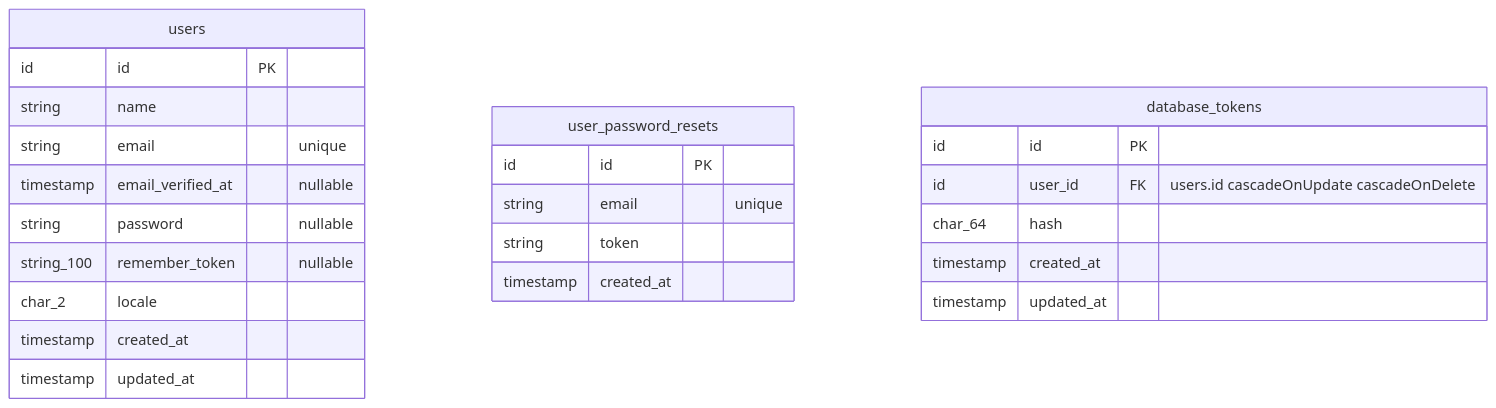
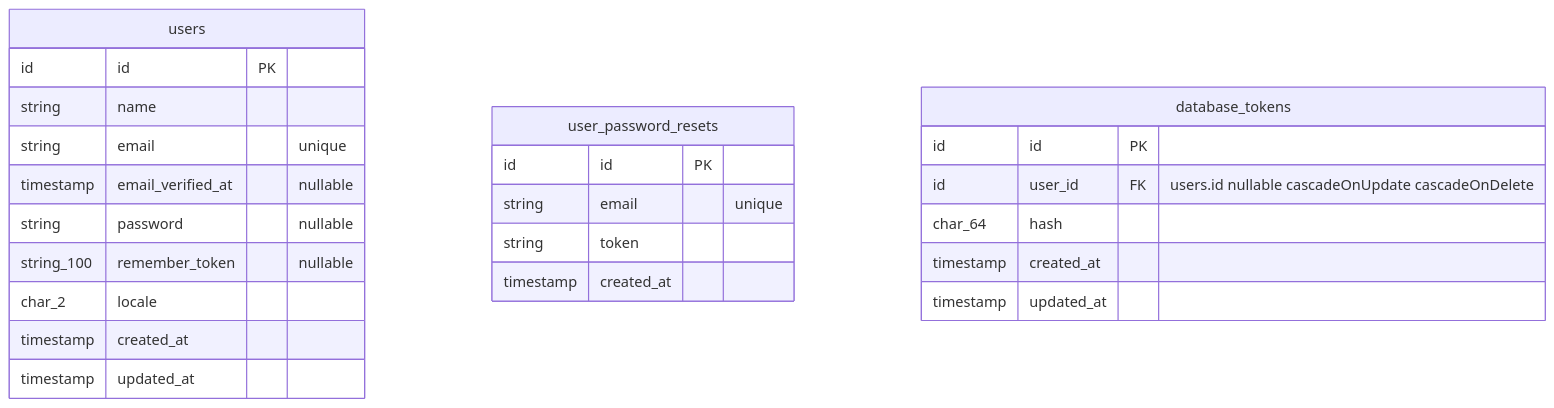
One commit to tomchochola/laratchi-boilerplate changed the diagram in docs/database_schema.md. Above: the diagram before and after it, drawn with Mermaid.

Commit message:
Add missing nullable to database tokens foreigns

````diff
--- a/docs/database_schema.md
+++ b/docs/database_schema.md
@@ -3,30 +3,30 @@
 ```mermaid
 erDiagram
 
 users {
   id id PK
   string name
   string email "unique"
   timestamp email_verified_at "nullable"
   string password "nullable"
   string_100 remember_token "nullable"
   char_2 locale
   timestamp created_at
   timestamp updated_at
 }
 
 user_password_resets {
   id id PK
   string email "unique"
   string token
   timestamp created_at
 }
 
 database_tokens {
   id id PK
-  id user_id FK "users.id cascadeOnUpdate cascadeOnDelete"
+  id user_id FK "users.id nullable cascadeOnUpdate cascadeOnDelete"
   char_64 hash
   timestamp created_at
   timestamp updated_at
 }
 ```
````
